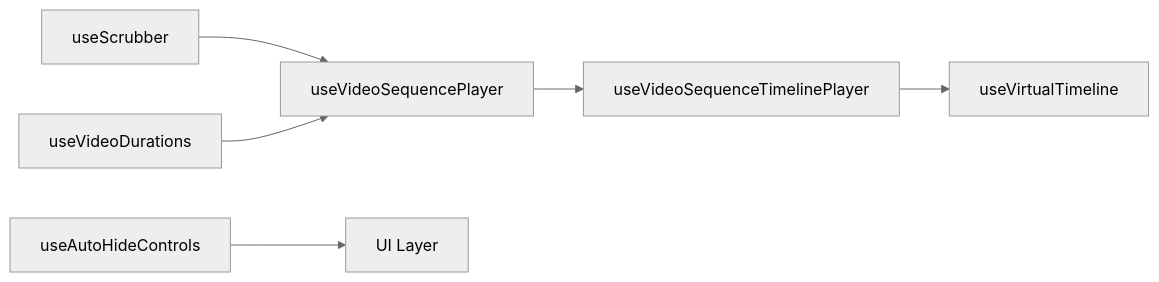
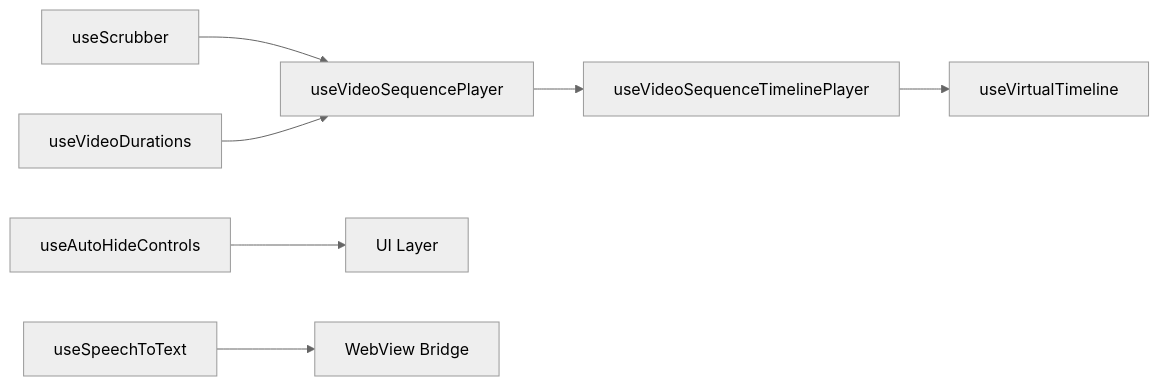
One commit to 156258852/video-rn changed the third of 3 diagrams in .qoder/repowiki/en/content/Custom Hooks Library/Custom Hooks Library.md. Above: the diagram before and after it, drawn with Mermaid (neutral theme). The commit also changed other lines of this file and 5 other files, not shown here.

First line of the commit message:
feat: Add WebView Speech Bridge documentation and update export date

````diff
--- a/.qoder/repowiki/en/content/Custom Hooks Library/Custom Hooks Library.md
+++ b/.qoder/repowiki/en/content/Custom Hooks Library/Custom Hooks Library.md
@@ -268,8 +371,9 @@
 ```mermaid
 graph LR
 Scrub["useScrubber"] --> Seq["useVideoSequencePlayer"]
 Dur["useVideoDurations"] --> Seq
 Seq --> TL["useVideoSequenceTimelinePlayer"]
 TL --> Virt["useVirtualTimeline"]
 Auto["useAutoHideControls"] --> UI["UI Layer"]
+Speech["useSpeechToText"] --> Bridge["WebView Bridge"]
 ```
````
